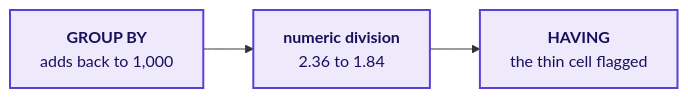
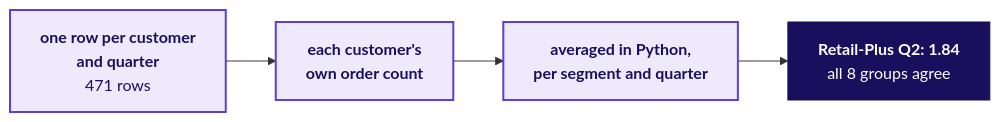
Diagram 16 of 22 in content/W02/D1/slides/C2_W02_D01_half1_STUDENT.md (fde-academy-lab/c2-content-factory), drawn with Mermaid before and after one commit. The commit also changed other lines of this file and 3 other files, not shown here.

````diff
--- a/content/W02/D1/slides/C2_W02_D01_half1_STUDENT.md
+++ b/content/W02/D1/slides/C2_W02_D01_half1_STUDENT.md
@@ -707,6 +1084,10 @@
 ```mermaid
 flowchart LR
-    A["<b>GROUP BY</b><br/>adds back to 1,000"] --> B["<b>numeric division</b><br/>2.36 to 1.84"] --> C["<b>HAVING</b><br/>the thin cell flagged"]
+    A["<b>one row per customer<br/>and quarter</b><br/>471 rows"] --> B["<b>each customer's<br/>own order count</b>"]
+    B --> C["<b>averaged in Python,<br/>per segment and quarter</b>"]
+    C --> D["<b>Retail-Plus Q2: 1.84</b><br/>all 8 groups agree"]
     classDef known fill:#EEEAFB,stroke:#5B3FD6,color:#1A0F5C,stroke-width:2px
+    classDef bet fill:#1A0F5C,stroke:#1A0F5C,color:#FFFFFF
     class A,B,C known
+    class D bet
 ```
````
